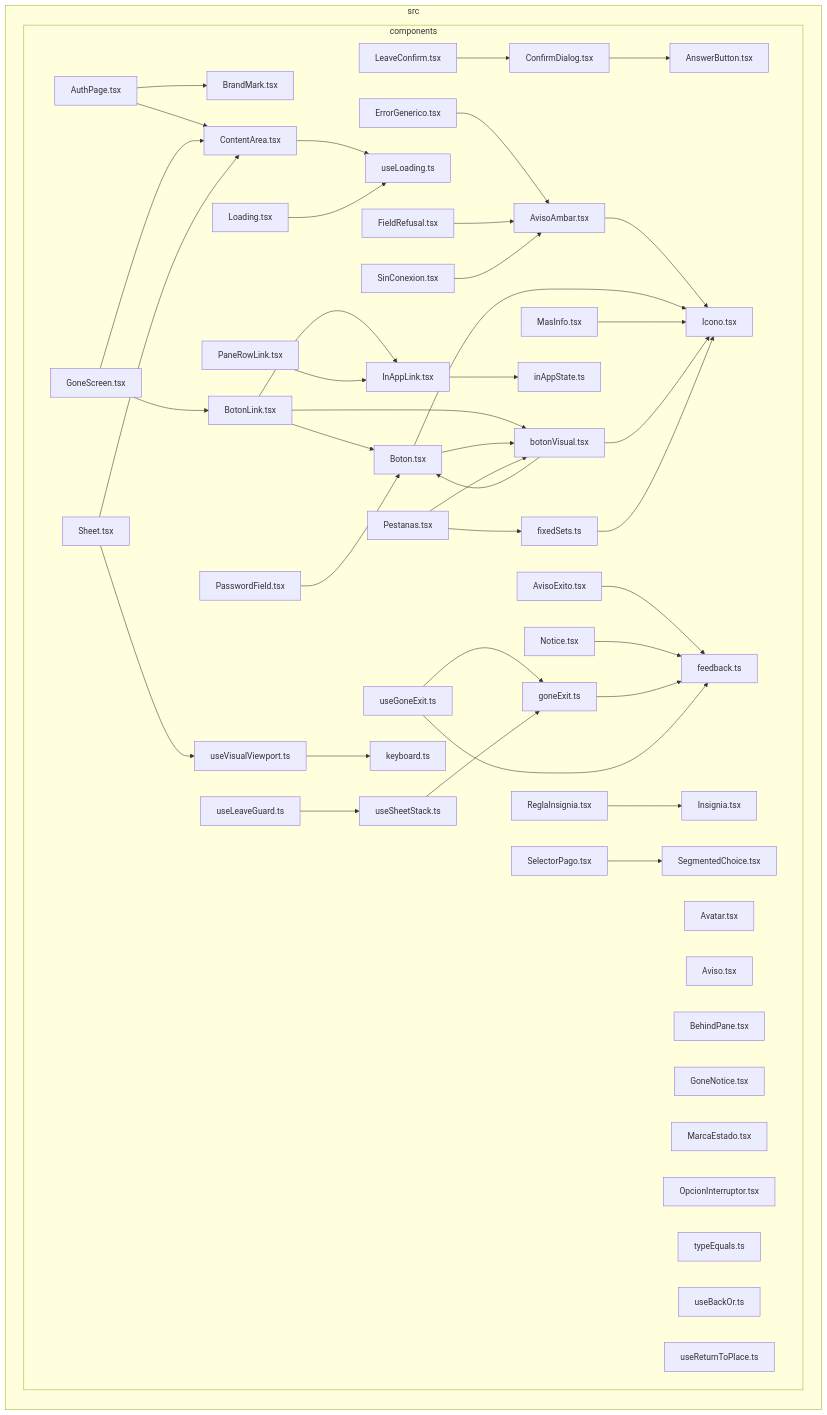
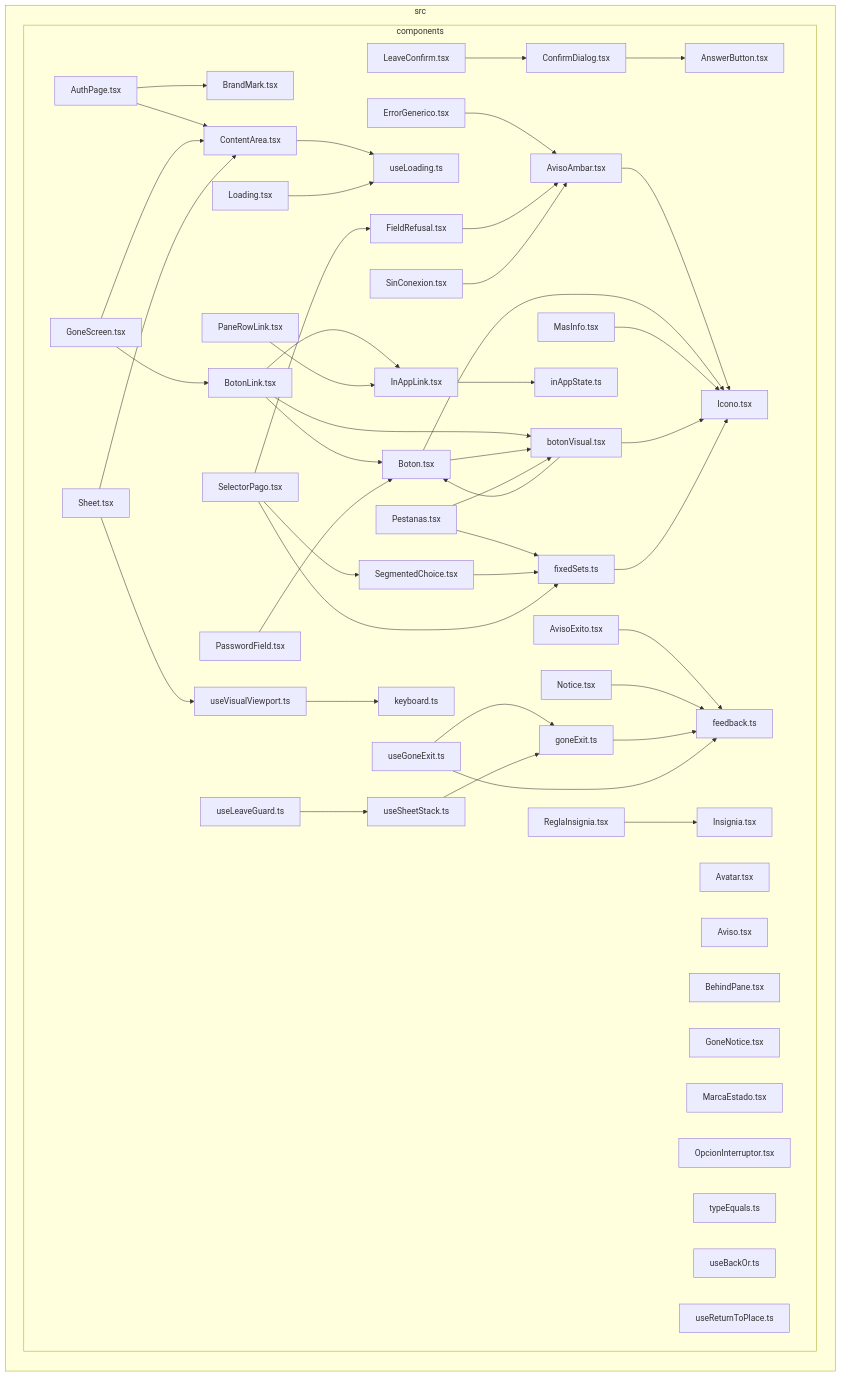
Before and after one commit to GonzaloZevallos/apostrophe: the diagram in docs/architecture/generated/front-modules/components.md, drawn with Mermaid. The commit also changed 1 other file, not shown here.

Commit message:
Regenerate front-module docs for the Paid · Owing choice and payment-state reader

```diff
--- a/docs/architecture/generated/front-modules/components.md
+++ b/docs/architecture/generated/front-modules/components.md
@@ -82,7 +82,10 @@
 src_components_Pestanas_tsx-->src_components_botonVisual_tsx
 src_components_Pestanas_tsx-->src_components_fixedSets_ts
 src_components_ReglaInsignia_tsx-->src_components_Insignia_tsx
+src_components_SegmentedChoice_tsx-->src_components_fixedSets_ts
+src_components_SelectorPago_tsx-->src_components_FieldRefusal_tsx
 src_components_SelectorPago_tsx-->src_components_SegmentedChoice_tsx
+src_components_SelectorPago_tsx-->src_components_fixedSets_ts
 src_components_Sheet_tsx-->src_components_ContentArea_tsx
 src_components_Sheet_tsx-->src_components_useVisualViewport_ts
 src_components_SinConexion_tsx-->src_components_AvisoAmbar_tsx
```
